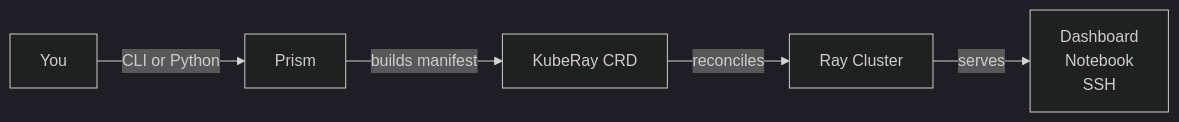
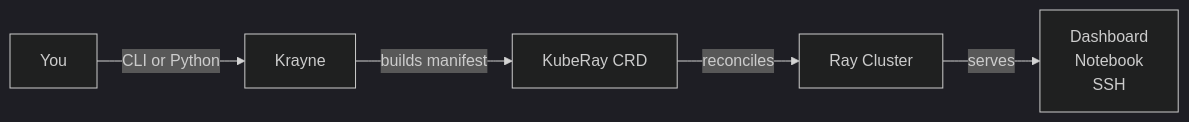
One commit to roulbac/krayne changed the first of 2 diagrams in docs/guide/overview.md. Above: the diagram before and after it, drawn with Mermaid (dark theme). The commit also changed other lines of this file and 51 other files, not shown here.

First line of the commit message:
Rename project from Prism to Krayne

````diff
--- a/docs/guide/overview.md
+++ b/docs/guide/overview.md
@@ -26,7 +24,7 @@
 ```mermaid
 graph LR
-  User["You"] -->|"CLI or Python"| Prism["Prism"]
-  Prism -->|"builds manifest"| KubeRay["KubeRay CRD"]
+  User["You"] -->|"CLI or Python"| Krayne["Krayne"]
+  Krayne -->|"builds manifest"| KubeRay["KubeRay CRD"]
   KubeRay -->|"reconciles"| Ray["Ray Cluster"]
   Ray -->|"serves"| Services["Dashboard\nNotebook\nSSH"]
 ```
````
